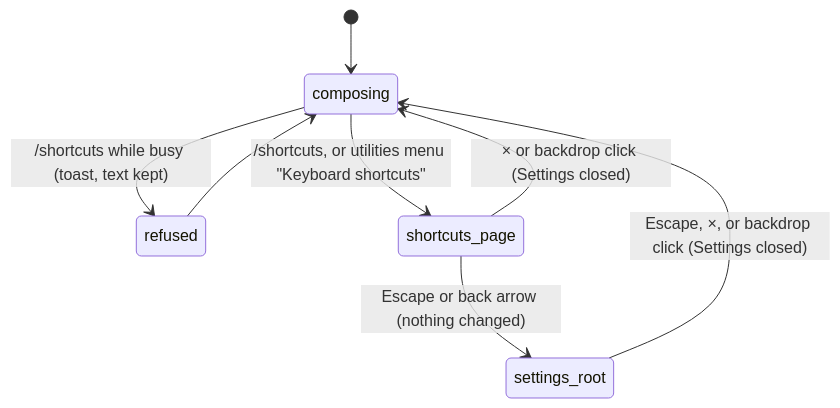
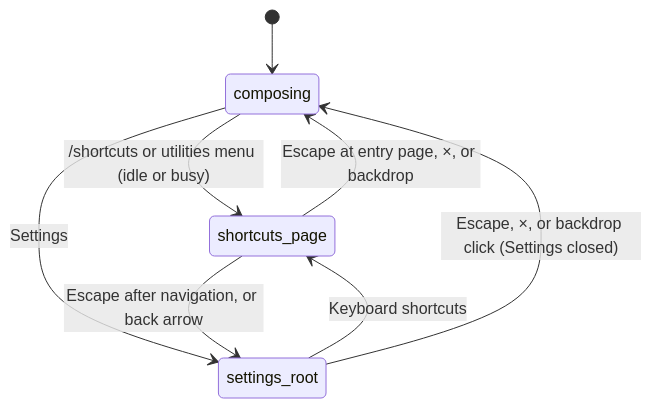
One commit to tmustier/pi-for-excel changed the diagram in product-description/ui/keyboard-shortcuts.md. Above: the diagram before and after it, drawn with Mermaid. The commit also changed other lines of this file and 6 other files, not shown here.

````diff
--- a/product-description/ui/keyboard-shortcuts.md
+++ b/product-description/ui/keyboard-shortcuts.md
@@ -19,10 +19,10 @@
 ```mermaid
 stateDiagram-v2
     [*] --> composing
-    composing --> refused : /shortcuts while busy (toast, text kept)
-    refused --> composing
-    composing --> shortcuts_page : /shortcuts, or utilities menu "Keyboard shortcuts"
-    shortcuts_page --> settings_root : Escape or back arrow (nothing changed)
+    composing --> shortcuts_page : /shortcuts or utilities menu (idle or busy)
+    composing --> settings_root : Settings
+    settings_root --> shortcuts_page : Keyboard shortcuts
+    shortcuts_page --> settings_root : Escape after navigation, or back arrow
     settings_root --> composing : Escape, ×, or backdrop click (Settings closed)
-    shortcuts_page --> composing : × or backdrop click (Settings closed)
+    shortcuts_page --> composing : Escape at entry page, ×, or backdrop
 ```
````
